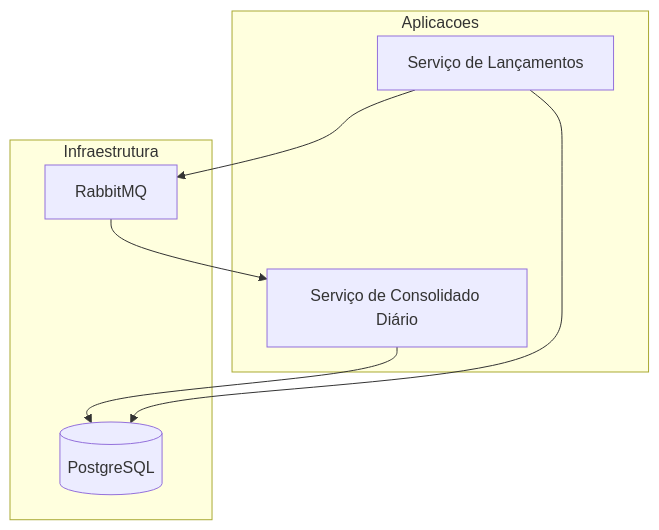
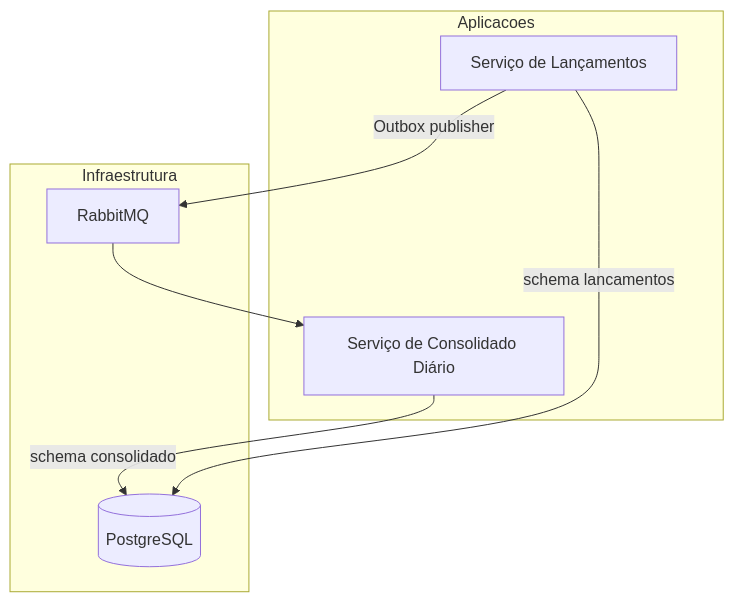
One commit to jbjares/servico-controle-lancamentos-consolidado changed the diagram in docs/diagramas/mermaid/05-integracao-infra.md. Above: the diagram before and after it, drawn with Mermaid. The commit also changed 97 other files, not shown here.

Commit message:
feat: entrega servicos lancamentos e consolidado

````diff
--- a/docs/diagramas/mermaid/05-integracao-infra.md
+++ b/docs/diagramas/mermaid/05-integracao-infra.md
@@ -1,17 +1,17 @@
 ```mermaid
 flowchart TB
     subgraph Aplicacoes
         L[Serviço de Lançamentos]
         C[Serviço de Consolidado Diário]
     end
 
     subgraph Infraestrutura
         MQ[RabbitMQ]
         PG[(PostgreSQL)]
     end
 
-    L --> MQ
+    L -->|Outbox publisher| MQ
     MQ --> C
-    L --> PG
-    C --> PG
+    L -->|schema lancamentos| PG
+    C -->|schema consolidado| PG
 ```
````
